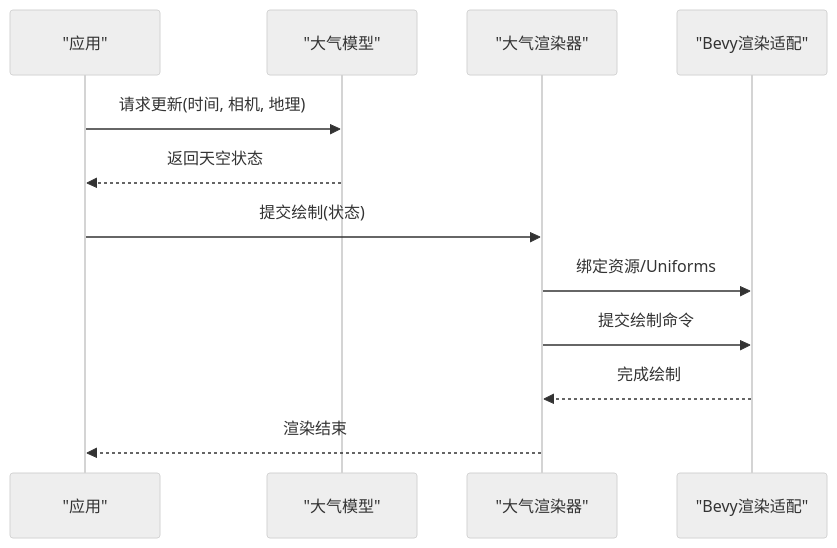
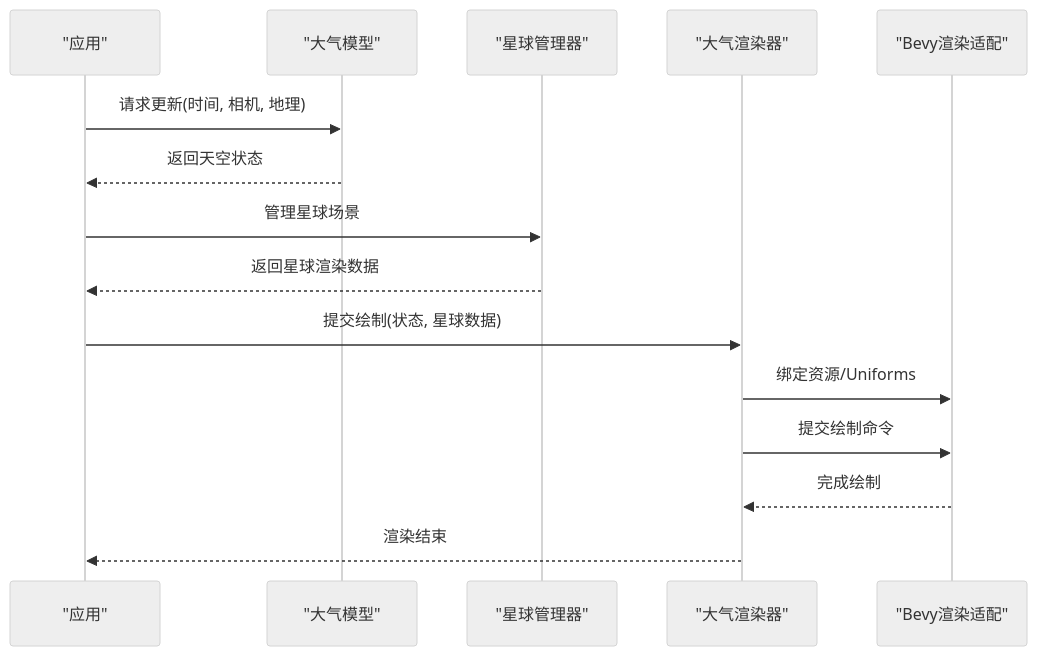
One commit to rzhangjing/cesium changed the fourth of 6 diagrams in .qoder/repowiki/zh/content/项目概述/核心特性/大气系统.md. Above: the diagram before and after it, drawn with Mermaid (neutral theme). The commit also changed other lines of this file and 30 other files, not shown here.

````diff
--- a/.qoder/repowiki/zh/content/项目概述/核心特性/大气系统.md
+++ b/.qoder/repowiki/zh/content/项目概述/核心特性/大气系统.md
@@ -198,14 +214,17 @@
 ```mermaid
 sequenceDiagram
 participant App as "应用"
 participant Model as "大气模型"
+participant StarSphere as "星球管理器"
 participant Renderer as "大气渲染器"
 participant Adapter as "Bevy渲染适配"
 App->>Model : 请求更新(时间, 相机, 地理)
 Model-->>App : 返回天空状态
-App->>Renderer : 提交绘制(状态)
+App->>StarSphere : 管理星球场景
+StarSphere-->>App : 返回星球渲染数据
+App->>Renderer : 提交绘制(状态, 星球数据)
 Renderer->>Adapter : 绑定资源/Uniforms
 Renderer->>Adapter : 提交绘制命令
 Adapter-->>Renderer : 完成绘制
 Renderer-->>App : 渲染结束
 ```
````
